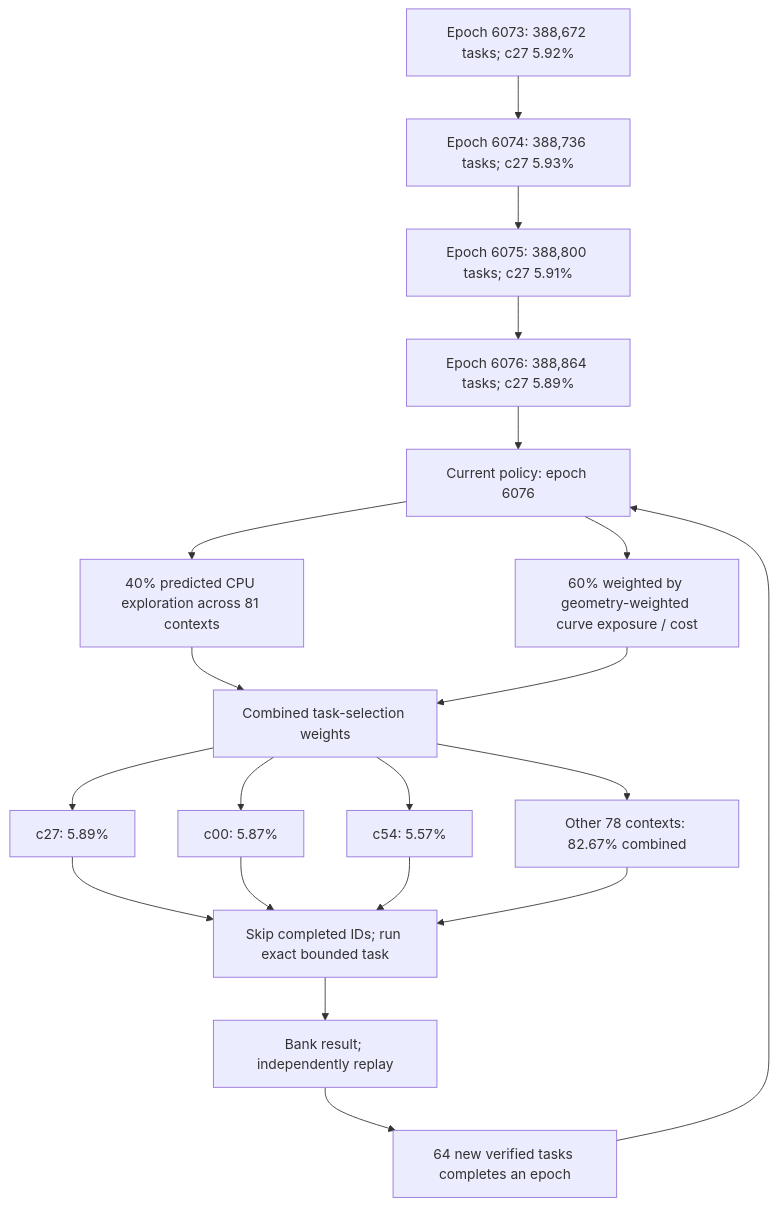
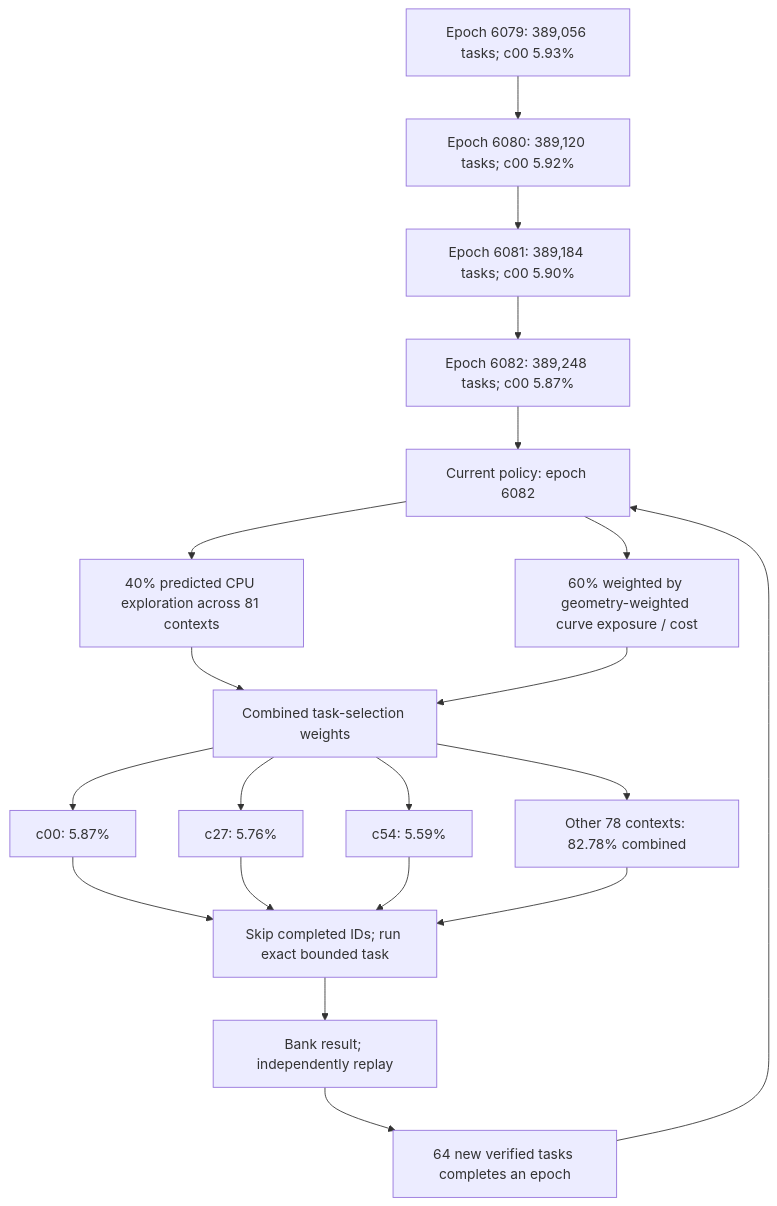
Before and after one commit to Kuberwastaken/math-gambling: the first of 4 diagrams in README.md, drawn with Mermaid. The commit also changed other lines of this file and 2925 other files, not shown here.

````diff
--- a/README.md
+++ b/README.md
@@ -60,27 +60,27 @@
 ```mermaid
 flowchart TD
-    H0["Epoch 6073: 388,672 tasks; c27 5.92%"]
-    H1["Epoch 6074: 388,736 tasks; c27 5.93%"]
+    H0["Epoch 6079: 389,056 tasks; c00 5.93%"]
+    H1["Epoch 6080: 389,120 tasks; c00 5.92%"]
     H0 --> H1
-    H2["Epoch 6075: 388,800 tasks; c27 5.91%"]
+    H2["Epoch 6081: 389,184 tasks; c00 5.90%"]
     H1 --> H2
-    H3["Epoch 6076: 388,864 tasks; c27 5.89%"]
+    H3["Epoch 6082: 389,248 tasks; c00 5.87%"]
     H2 --> H3
-    Policy["Current policy: epoch 6076"]
+    Policy["Current policy: epoch 6082"]
     H3 --> Policy
     Policy --> Explore["40% predicted CPU exploration across 81 contexts"]
     Policy --> Cost["60% weighted by geometry-weighted curve exposure / cost"]
     Explore --> Mix["Combined task-selection weights"]
     Cost --> Mix
-    Mix --> C0["c27: 5.89%"]
-    Mix --> C1["c00: 5.87%"]
-    Mix --> C2["c54: 5.57%"]
-    Mix --> Rest["Other 78 contexts: 82.67% combined"]
+    Mix --> C0["c00: 5.87%"]
+    Mix --> C1["c27: 5.76%"]
+    Mix --> C2["c54: 5.59%"]
+    Mix --> Rest["Other 78 contexts: 82.78% combined"]
     C0 --> Check["Skip completed IDs; run exact bounded task"]
     C1 --> Check
     C2 --> Check
     Rest --> Check
     Check --> Replay["Bank result; independently replay"]
     Replay --> Gate["64 new verified tasks completes an epoch"]
     Gate --> Policy
 ```
````
